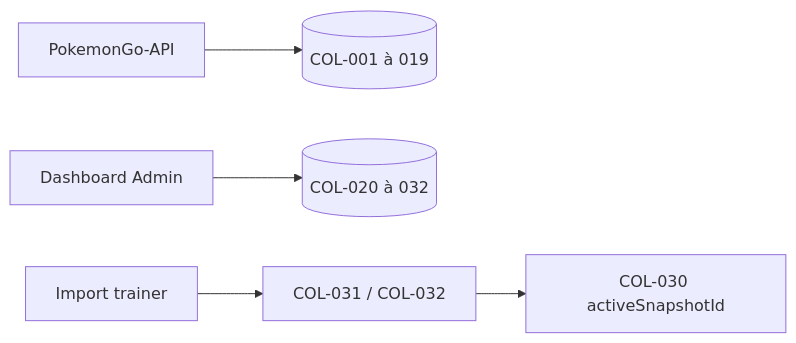
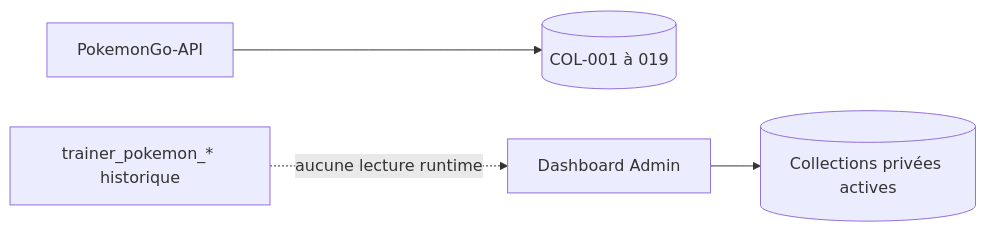
Before and after one commit to Matthieu-Vachet/dashboard_Admin: the diagram in docs/Tome 1 — Foundation (Fondations)/DOC-017-mongodb-overview.md, drawn with Mermaid. The commit also changed other lines of this file and 77 other files, not shown here.

Commit message:
feat(admin): add pokemon data control center

````diff
--- a/docs/Tome 1 — Foundation (Fondations)/DOC-017-mongodb-overview.md
+++ b/docs/Tome 1 — Foundation (Fondations)/DOC-017-mongodb-overview.md
@@ -70,7 +66,6 @@
 ```mermaid
 flowchart LR
   API["PokemonGo-API"] --> API_DB[("COL-001 à 019")]
-  DASH["Dashboard Admin"] --> DASH_DB[("COL-020 à 032")]
-  IMPORT["Import trainer"] --> SNAP["COL-031 / COL-032"]
-  SNAP --> POINTER["COL-030 activeSnapshotId"]
+  DASH["Dashboard Admin"] --> DASH_DB[("Collections privées actives")]
+  LEGACY["trainer_pokemon_* historique"] -. aucune lecture runtime .-> DASH
 ```
````
